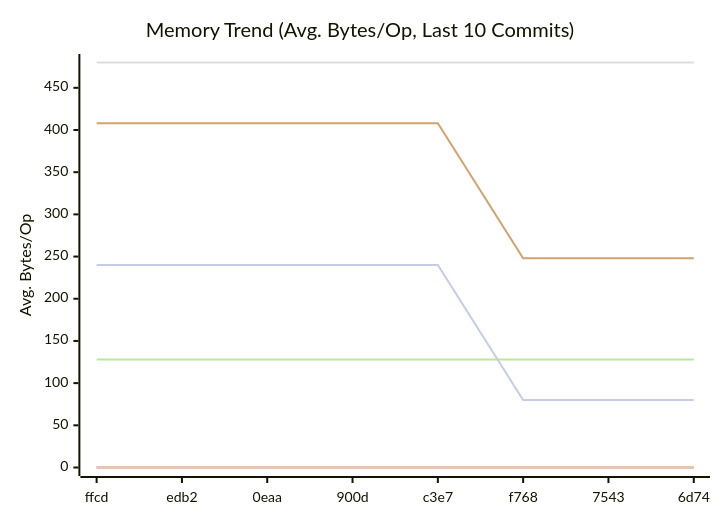
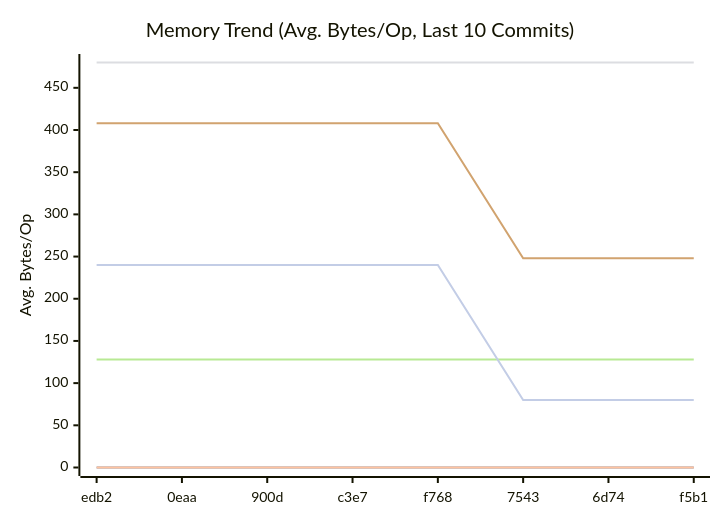
The second of 3 diagrams in docs/README.md (alsotoes/momo), drawn with Mermaid before and after one commit. The commit also changed other lines of this file and 1 other file, not shown here.

````diff
--- a/docs/README.md
+++ b/docs/README.md
@@ -318,14 +318,14 @@
 ```mermaid
 xychart-beta
     title "Memory Trend (Avg. Bytes/Op, Last 10 Commits)"
     x-axis "Commit"
     y-axis "Avg. Bytes/Op"
-    x-axis [ffcd,edb2,0eaa,900d,c3e7,f768,7543,6d74]
+    x-axis [edb2,0eaa,900d,c3e7,f768,7543,6d74,f5b1]
     line "CheckMetricsAndSwap" [0,0,0,0,0,0,0,0,0,0]
     line "IndexDirectTracking" [0,0,0,0,0,0,0,0,0,0]
     line "IndexSearch" [0,0,0,0,0,0,0,0,0,0]
     line "LoadGlobalConfig" [480,480,480,480,480,480,480,480,480,480]
     line "PadString" [128,128,128,128,128,128,128,128,128,128]
     line "ParseReplicationOrder_NoPrealloc" [408,408,408,408,408,248,248,248,248,248]
     line "ParseReplicationOrder_Prealloc" [240,240,240,240,240,80,80,80,80,80]
 ```
````
